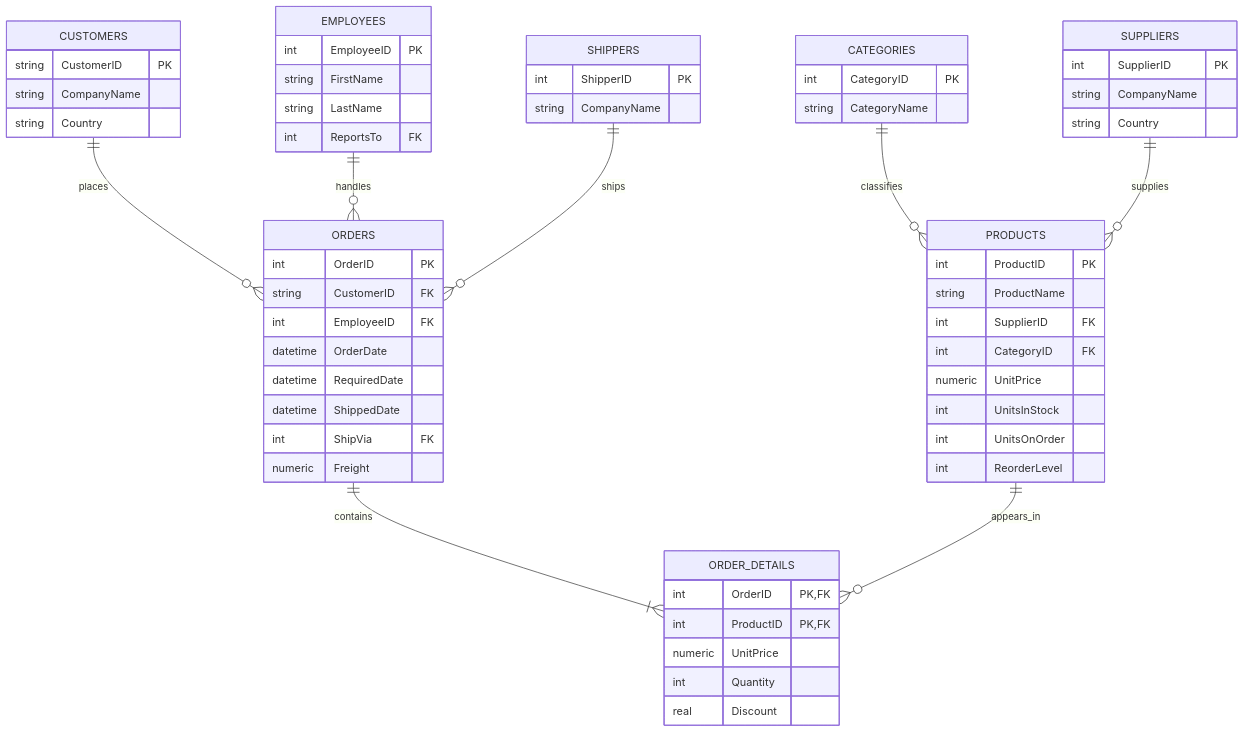
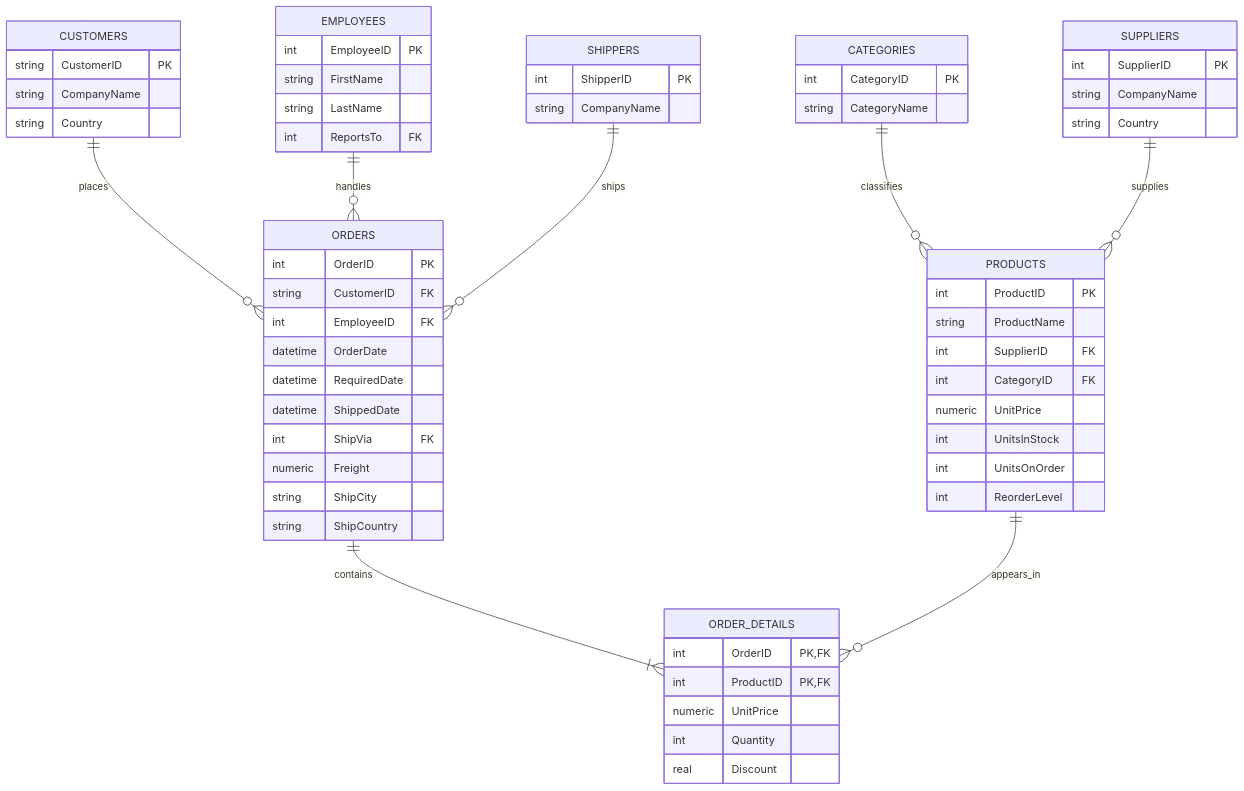
Before and after one commit to josecarpalaciosr/northwind-sales-etl-pipeline: the first of 2 diagrams in docs/source_erd.md, drawn with Mermaid. The commit also changed other lines of this file, not shown here.

Commit message:
docs: align source ERD with extraction fields

````diff
--- a/docs/source_erd.md
+++ b/docs/source_erd.md
@@ -7,69 +7,71 @@
 ```mermaid
 erDiagram
     CUSTOMERS ||--o{ ORDERS : places
     EMPLOYEES ||--o{ ORDERS : handles
     SHIPPERS ||--o{ ORDERS : ships
     ORDERS ||--|{ ORDER_DETAILS : contains
     PRODUCTS ||--o{ ORDER_DETAILS : appears_in
     CATEGORIES ||--o{ PRODUCTS : classifies
     SUPPLIERS ||--o{ PRODUCTS : supplies
 
     CUSTOMERS {
         string CustomerID PK
         string CompanyName
         string Country
     }
 
     EMPLOYEES {
         int EmployeeID PK
         string FirstName
         string LastName
         int ReportsTo FK
     }
 
     SHIPPERS {
         int ShipperID PK
         string CompanyName
     }
 
     ORDERS {
         int OrderID PK
         string CustomerID FK
         int EmployeeID FK
         datetime OrderDate
         datetime RequiredDate
         datetime ShippedDate
         int ShipVia FK
         numeric Freight
+        string ShipCity
+        string ShipCountry
     }
 
     ORDER_DETAILS {
         int OrderID PK, FK
         int ProductID PK, FK
         numeric UnitPrice
         int Quantity
         real Discount
     }
 
     PRODUCTS {
         int ProductID PK
         string ProductName
         int SupplierID FK
         int CategoryID FK
         numeric UnitPrice
         int UnitsInStock
         int UnitsOnOrder
         int ReorderLevel
     }
 
     CATEGORIES {
         int CategoryID PK
         string CategoryName
     }
 
     SUPPLIERS {
         int SupplierID PK
         string CompanyName
         string Country
     }
 ```
````
